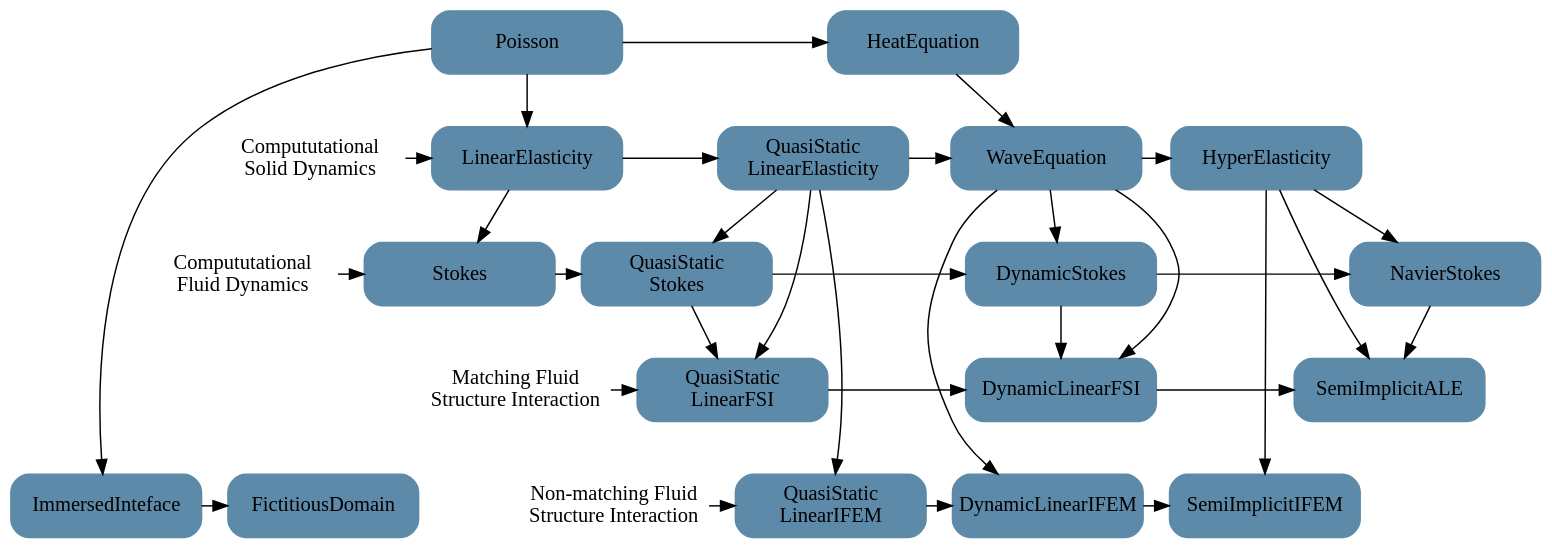
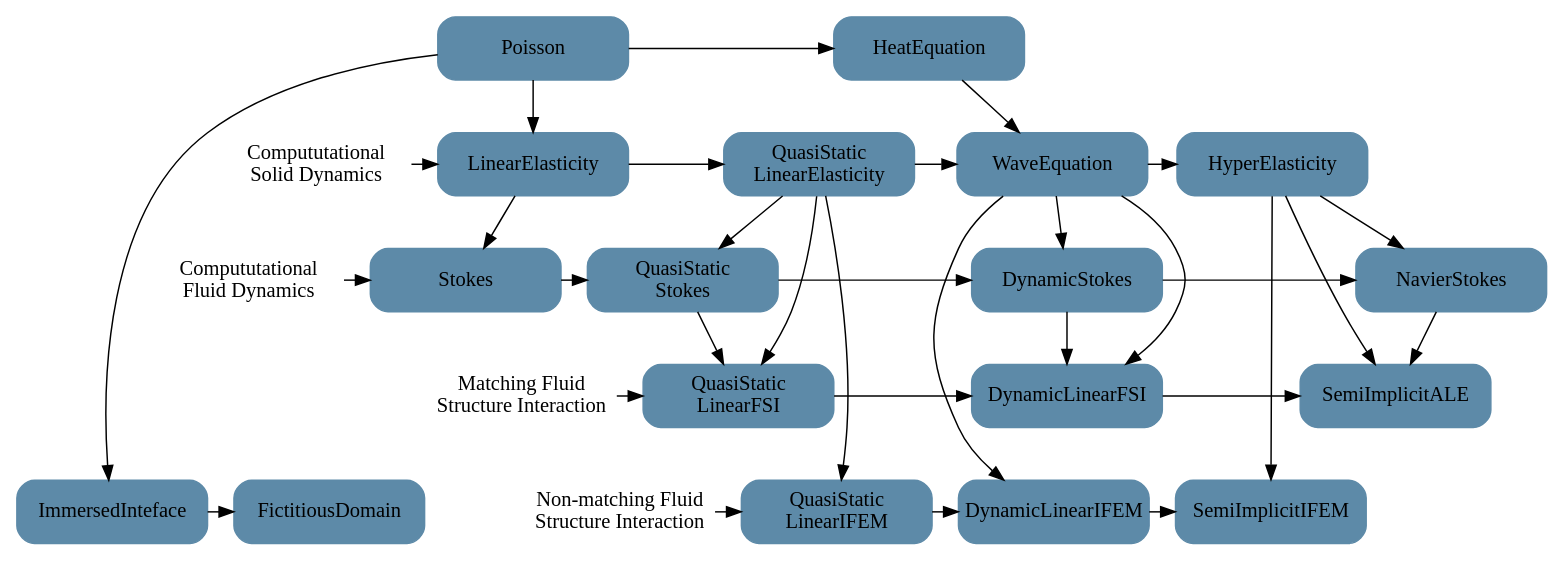
The diagram in doc/dot_files/serial.dot (luca-heltai/fsi-suite), drawn with Graphviz before and after one commit. The commit also changed 92 other files, not shown here.

```diff
--- a/doc/dot_files/serial.dot
+++ b/doc/dot_files/serial.dot
@@ -1,109 +1,111 @@
 digraph G {
     // newrank=true;
-    bgcolor="transparent";
+    // bgcolor="transparent";
+    // ratio="compress";
+    // size="6,12";
 
     // edge [color="#FBEC5D", arrowsize=".8", penwidth="2"];
     node [color="#5D8AA8", fillcolor="#5D8AA8", shape=box,
         fixedsize=true, width="1.8", height=".6", style="filled,rounded"];
     
     {
         rank=min;
         Poisson; // First node.
         QuasiStaticPoisson [label="QuasiStatic\nPoisson", style="invis"];
         HeatEquation;
     }
 
     // Labels on the left
     { 
         rank = same;
         csd [label="Compututational\nSolid Dynamics", shape="none", style=""];
         LinearElasticity;
         QuasiStaticLinearElasticity [label="QuasiStatic\nLinearElasticity"];
         WaveEquation;
         HyperElasticity;
     }
 
     {
         rank = same;
         cfd [label="Compututational\nFluid Dynamics", shape="none", style=""];
         Stokes;
         QuasiStaticStokes [label="QuasiStatic\nStokes"];
         DynamicStokes;
         NavierStokes;
     }
 
     {
         rank = same;
         fsi [label="Matching Fluid\nStructure Interaction", shape="none", style=""];
         QuasiStaticLinearFSI [label="QuasiStatic\nLinearFSI"];
         DynamicLinearFSI;
         SemiImplicitALE;
     }
 
      {
         rank = max;
         nmfsi [label="Non-matching Fluid\nStructure Interaction", shape="none", style=""];
         QuasiStaticLinearIFEM [label="QuasiStatic\nLinearIFEM"];
         DynamicLinearIFEM;
         SemiImplicitIFEM;
         ImmersedInteface;
         FictitiousDomain;
     }
 
     subgraph legends {
         csd;
         cfd;
         fsi;
     }
 
     // Vertical grouping
     subgraph cluster_0 {
         label="Static linear PDEs";
         Poisson -> LinearElasticity -> Stokes;
     }
 
     subgraph cluster_1 {
         label="Quasi-static linear PDEs";
         // QuasiStaticPoisson -> 
         QuasiStaticLinearElasticity ->
         QuasiStaticStokes -> QuasiStaticLinearFSI;
         QuasiStaticLinearFSI -> QuasiStaticLinearIFEM [style="invis"];
     }
 
     subgraph cluster_2 {
        label="Dynamic linear PDEs";
        HeatEquation -> WaveEquation -> 
        DynamicStokes -> DynamicLinearFSI;
        DynamicLinearFSI -> DynamicLinearIFEM [style="invis"];
     }
 
     subgraph cluster_3 {
        label="Dynamic non-linear PDEs";
        HyperElasticity -> NavierStokes -> SemiImplicitALE;
        SemiImplicitALE -> SemiImplicitIFEM [style="invis"];
     }
 
     // Horizontal grouping
     Poisson -> HeatEquation
     // QuasiStaticPoisson -> HeatEquation;
 
     // Solids
     csd -> LinearElasticity -> QuasiStaticLinearElasticity ->  WaveEquation -> HyperElasticity;
 
     // Fluids
     cfd -> Stokes -> QuasiStaticStokes -> DynamicStokes -> NavierStokes;
 
     // FSI
     fsi -> QuasiStaticLinearFSI  -> DynamicLinearFSI -> SemiImplicitALE;
     nmfsi -> QuasiStaticLinearIFEM  -> DynamicLinearIFEM -> SemiImplicitIFEM;
 
     QuasiStaticLinearElasticity -> {QuasiStaticLinearFSI, QuasiStaticLinearIFEM};
 
     WaveEquation -> {DynamicLinearFSI, DynamicLinearIFEM};
 
     HyperElasticity -> {SemiImplicitALE, SemiImplicitIFEM};
 
     Poisson -> ImmersedInteface  -> FictitiousDomain;
     // {NavierStokes, LinearElasticity} -> FictitiousDomain;
     // Poisson -> FictitiousDomain;
 }
```
